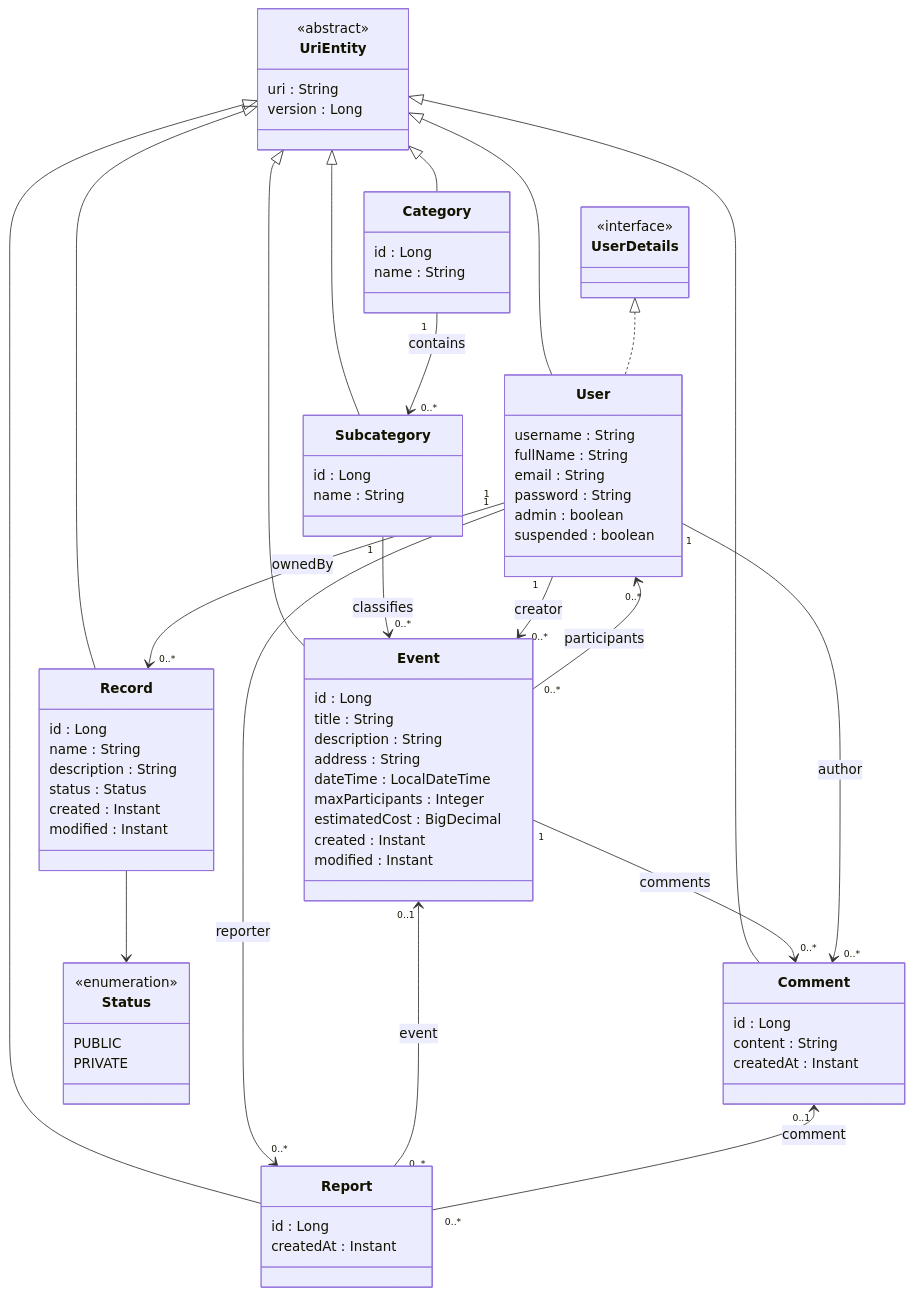
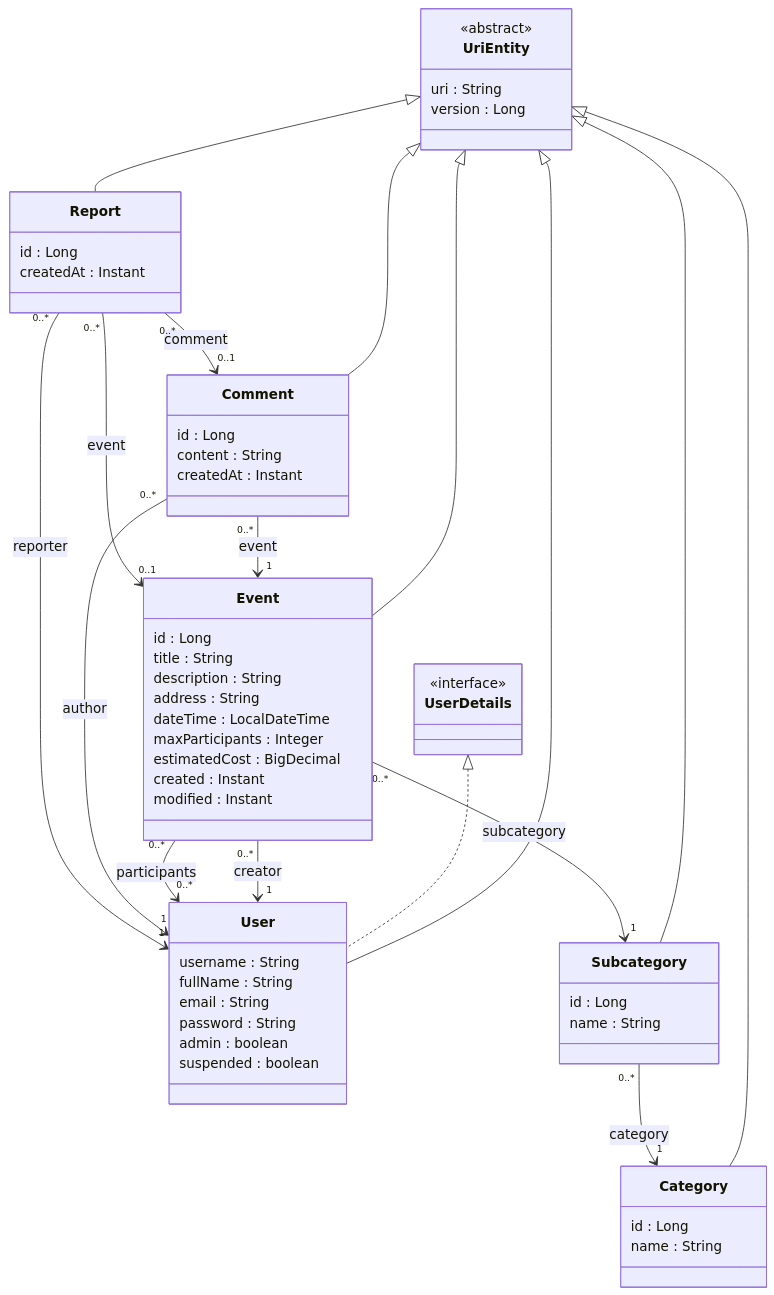
Before and after one commit to UdL-EPS-SoftArch/spring-template: the diagram in README.md, drawn with Mermaid. The commit also changed 22 other files, not shown here.

````diff
--- a/README.md
+++ b/README.md
@@ -83,20 +83,6 @@
         createdAt : Instant
     }
 
-    class Record {
-        id : Long
-        name : String
-        description : String
-        status : Status
-        created : Instant
-        modified : Instant
-    }
-
-    class Status {
-        <<enumeration>>
-        PUBLIC
-        PRIVATE
-    }
 
     UriEntity <|-- User
     UriEntity <|-- Category
@@ -104,18 +90,15 @@
     UriEntity <|-- Event
     UriEntity <|-- Comment
     UriEntity <|-- Report
-    UriEntity <|-- Record
     UserDetails <|.. User
 
-    Category "1" --> "0..*" Subcategory : contains
-    Subcategory "1" --> "0..*" Event : classifies
-    User "1" --> "0..*" Event : creator
+    Subcategory "0..*" --> "1" Category : category
+    Event "0..*" --> "1" Subcategory : subcategory
+    Event "0..*" --> "1" User : creator
     Event "0..*" --> "0..*" User : participants
-    Event "1" --> "0..*" Comment : comments
-    User "1" --> "0..*" Comment : author
-    User "1" --> "0..*" Record : ownedBy
-    User "1" --> "0..*" Report : reporter
-    Event "0..1" <-- "0..*" Report : event
-    Comment "0..1" <-- "0..*" Report : comment
-    Record --> Status
+    Comment "0..*" --> "1" Event : event
+    Comment "0..*" --> "1" User : author
+    Report "0..*" --> "1" User : reporter
+    Report "0..*" --> "0..1" Event : event
+    Report "0..*" --> "0..1" Comment : comment
 ```
````
